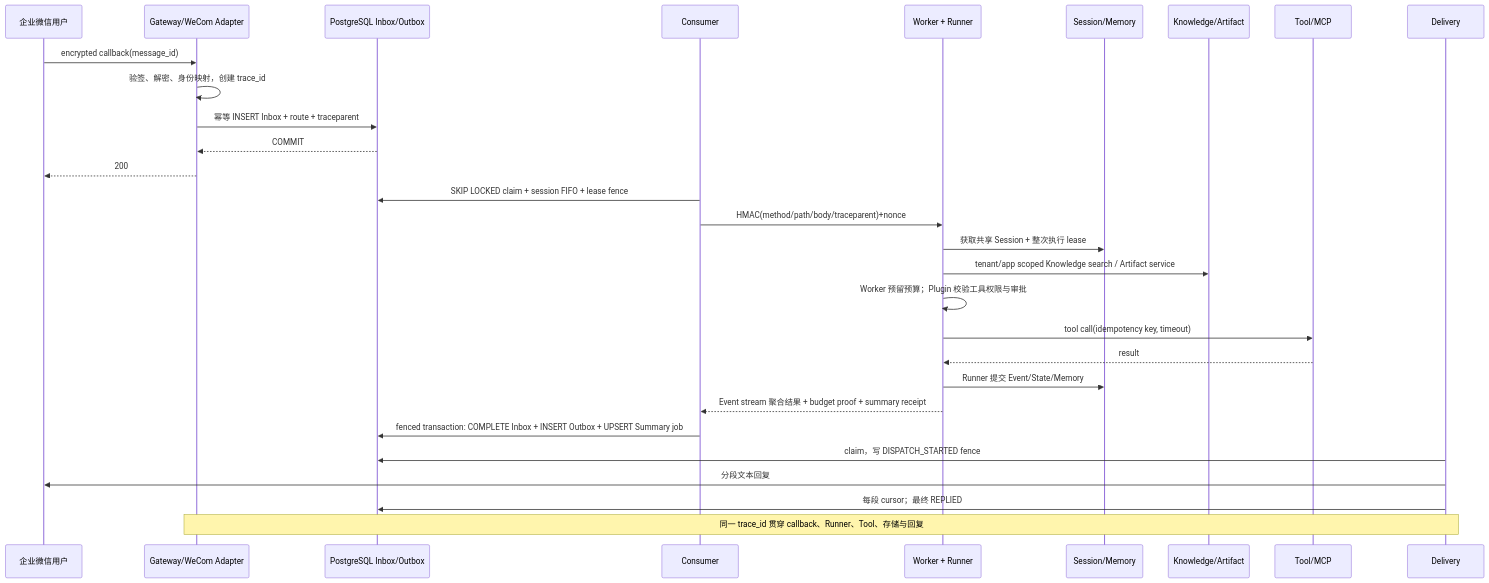
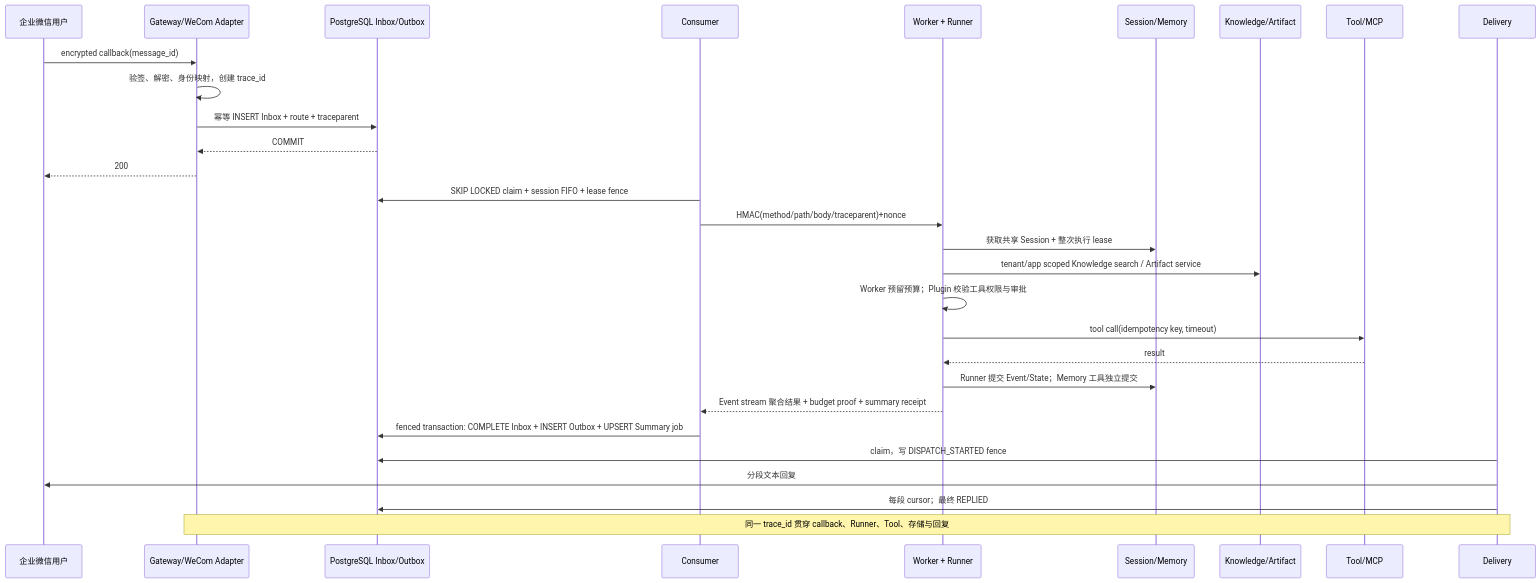
The tenth of 12 diagrams in docs/COMPETITION_SUBMISSION.md (ltyfulan9/trpc-agent-service), drawn with Mermaid before and after one commit. The commit also changed other lines of this file and 22 other files, not shown here.

Commit message:
Complete architecture documentation and harden execution and release validation

````diff
--- a/docs/COMPETITION_SUBMISSION.md
+++ b/docs/COMPETITION_SUBMISSION.md
@@ -115,32 +251,32 @@
 ```mermaid
 sequenceDiagram
   participant U as 企业微信用户
   participant G as Gateway/WeCom Adapter
   participant P as PostgreSQL Inbox/Outbox
   participant C as Consumer
   participant W as Worker + Runner
   participant SM as Session/Memory
   participant K as Knowledge/Artifact
   participant T as Tool/MCP
   participant D as Delivery
 
   U->>G: encrypted callback(message_id)
   G->>G: 验签、解密、身份映射，创建 trace_id
   G->>P: 幂等 INSERT Inbox + route + traceparent
   P-->>G: COMMIT
   G-->>U: 200
   C->>P: SKIP LOCKED claim + session FIFO + lease fence
   C->>W: HMAC(method/path/body/traceparent)+nonce
   W->>SM: 获取共享 Session + 整次执行 lease
   W->>K: tenant/app scoped Knowledge search / Artifact service
   W->>W: Worker 预留预算；Plugin 校验工具权限与审批
   W->>T: tool call(idempotency key, timeout)
   T-->>W: result
-  W->>SM: Runner 提交 Event/State/Memory
+  W->>SM: Runner 提交 Event/State；Memory 工具独立提交
   W-->>C: Event stream 聚合结果 + budget proof + summary receipt
   C->>P: fenced transaction: COMPLETE Inbox + INSERT Outbox + UPSERT Summary job
   D->>P: claim，写 DISPATCH_STARTED fence
   D->>U: 分段文本回复
   D->>P: 每段 cursor；最终 REPLIED
   Note over G,D: 同一 trace_id 贯穿 callback、Runner、Tool、存储与回复
 ```
````
